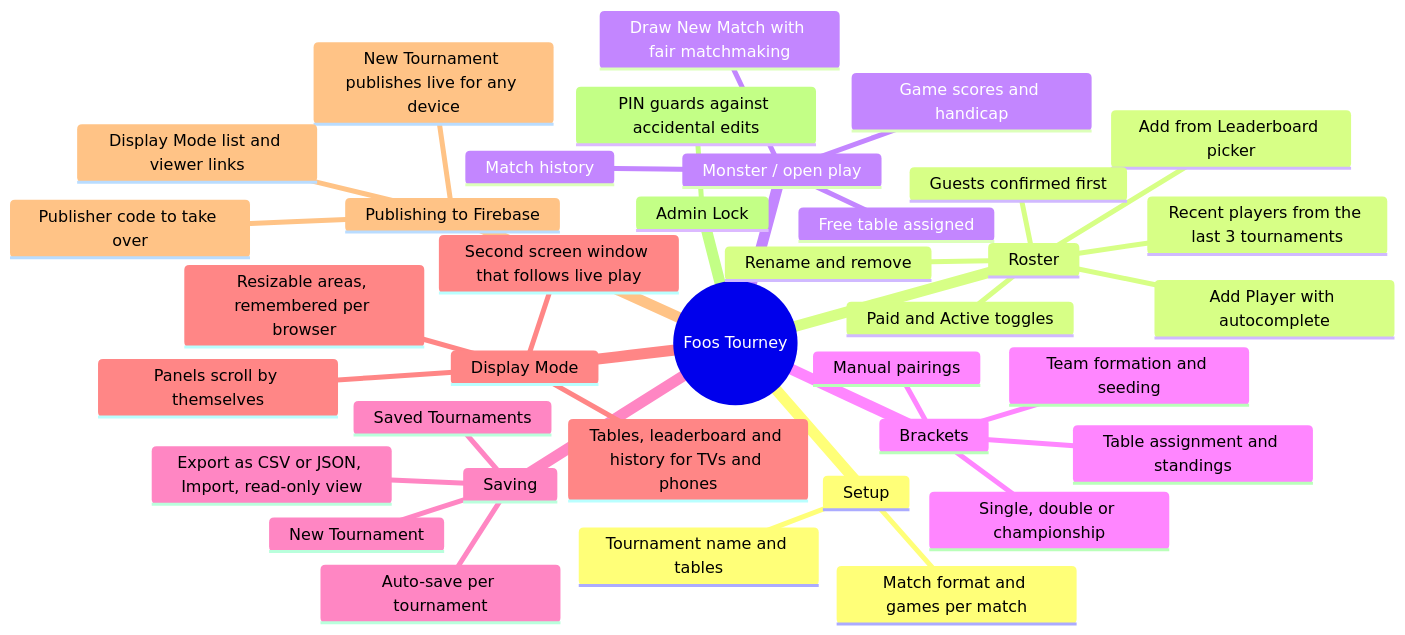
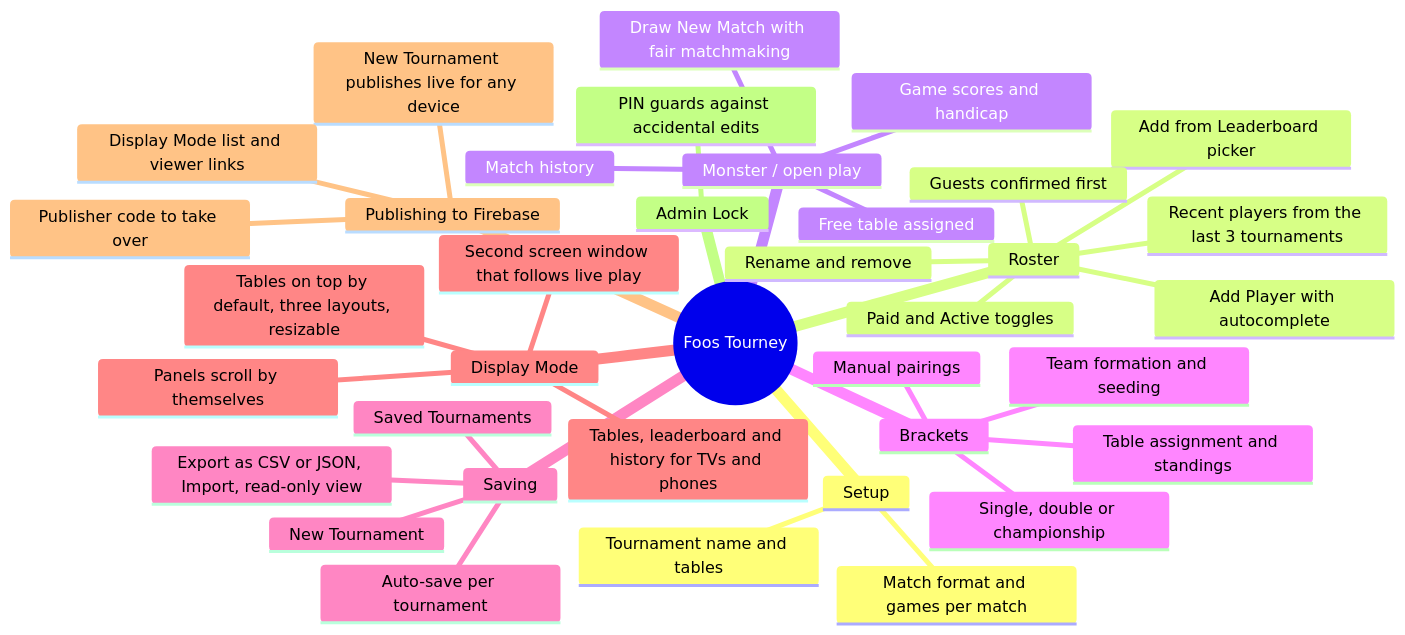
Before and after one commit to DT209/foos-tourney: the first of 7 diagrams in README.md, drawn with Mermaid. The commit also changed other lines of this file and 9 other files, not shown here.

First line of the commit message:
Display Mode layouts: tables on top by default, three arrangements, TV-friendly resizing

````diff
--- a/README.md
+++ b/README.md
@@ -8,40 +8,40 @@
 ```mermaid
 mindmap
   root((Foos Tourney))
     Setup
       Tournament name and tables
       Match format and games per match
     Roster
       Add Player with autocomplete
       Add from Leaderboard picker
       Recent players from the last 3 tournaments
       Guests confirmed first
       Paid and Active toggles
       Rename and remove
     Monster / open play
       Draw New Match with fair matchmaking
       Free table assigned
       Game scores and handicap
       Match history
     Brackets
       Single, double or championship
       Team formation and seeding
       Manual pairings
       Table assignment and standings
     Saving
       Auto-save per tournament
       New Tournament
       Saved Tournaments
       Export as CSV or JSON, Import, read-only view
     Display Mode
       Tables, leaderboard and history for TVs and phones
       Panels scroll by themselves
       Second screen window that follows live play
-      Resizable areas, remembered per browser
+      Tables on top by default, three layouts, resizable
     Publishing to Firebase
       New Tournament publishes live for any device
       Display Mode list and viewer links
       Publisher code to take over
     Admin Lock
       PIN guards against accidental edits
 ```
````
